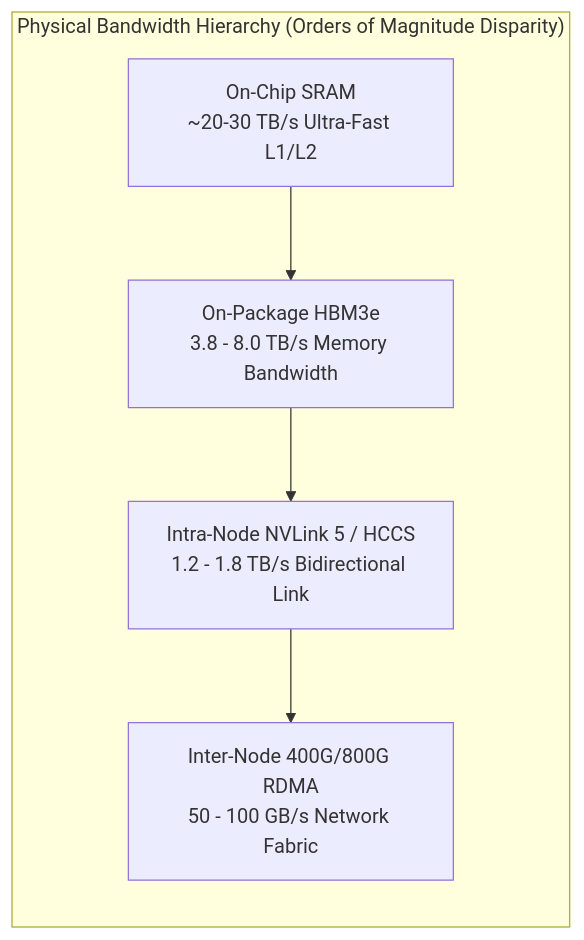
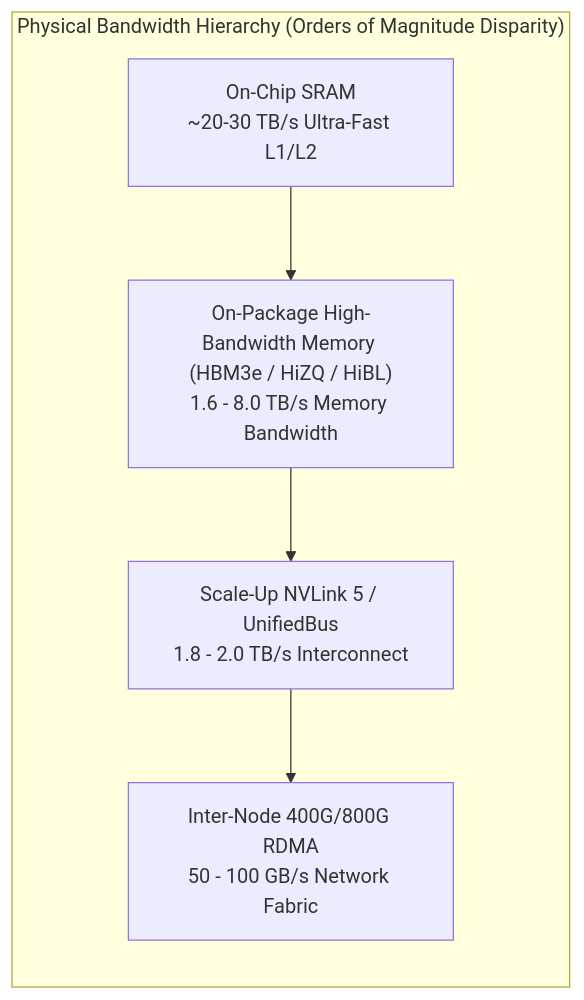
One commit to ifnodoraemon/ifnodoraemon.github.io changed the second of 10 diagrams in content/en/articles/deepinfer-deepseek-recipe-architecture.en.md. Above: the diagram before and after it, drawn with Mermaid. The commit also changed other lines of this file and 171 other files, not shown here.

````diff
--- a/content/en/articles/deepinfer-deepseek-recipe-architecture.en.md
+++ b/content/en/articles/deepinfer-deepseek-recipe-architecture.en.md
@@ -99,8 +107,8 @@
 ```mermaid
 graph LR
     subgraph Chip_Interconnect["Physical Bandwidth Hierarchy (Orders of Magnitude Disparity)"]
-        L_SRAM["On-Chip SRAM<br/>~20-30 TB/s Ultra-Fast L1/L2"] --> L_HBM["On-Package HBM3e<br/>3.8 - 8.0 TB/s Memory Bandwidth"]
-        L_HBM --> L_NVLINK["Intra-Node NVLink 5 / HCCS<br/>1.2 - 1.8 TB/s Bidirectional Link"]
+        L_SRAM["On-Chip SRAM<br/>~20-30 TB/s Ultra-Fast L1/L2"] --> L_HBM["On-Package High-Bandwidth Memory (HBM3e / HiZQ / HiBL)<br/>1.6 - 8.0 TB/s Memory Bandwidth"]
+        L_HBM --> L_NVLINK["Scale-Up NVLink 5 / UnifiedBus<br/>1.8 - 2.0 TB/s Interconnect"]
         L_NVLINK --> L_NIC["Inter-Node 400G/800G RDMA<br/>50 - 100 GB/s Network Fabric"]
     end
 ```
````
